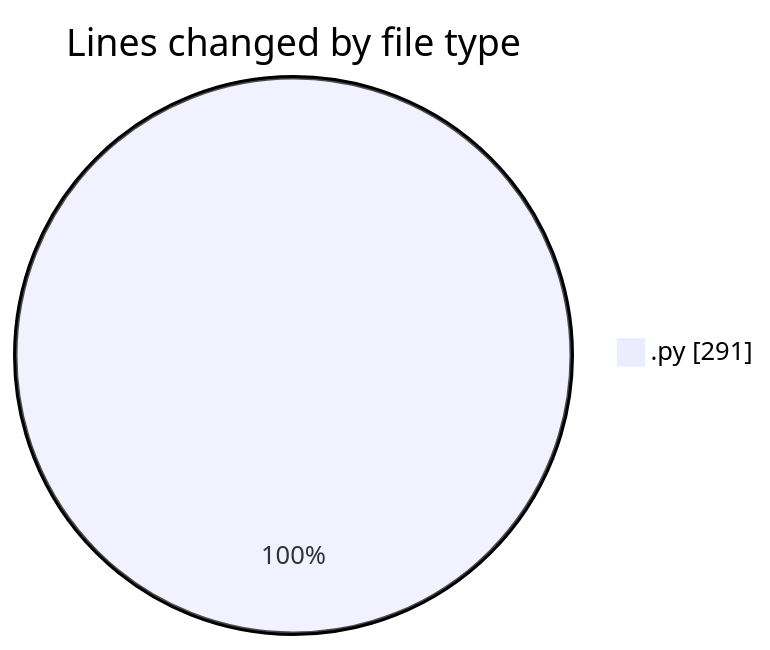
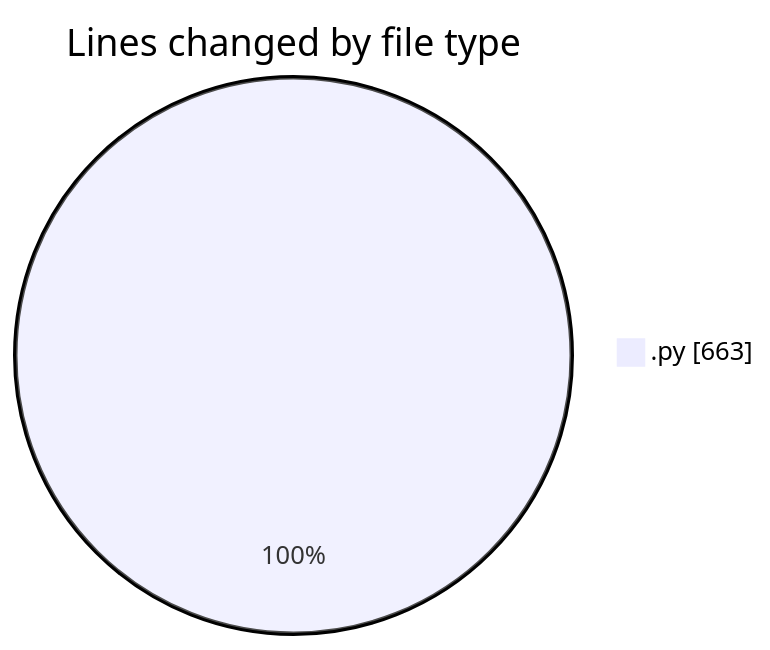
The first of 2 diagrams in 2025-11-19/eventscop-api-guide__workspace_/README.md (julien-gomy/code-tracking), drawn with Mermaid before and after one commit. The commit also changed other lines of this file and 1 other file, not shown here.

````diff
--- a/2025-11-19/eventscop-api-guide__workspace_/README.md
+++ b/2025-11-19/eventscop-api-guide__workspace_/README.md
@@ -20,5 +21,5 @@
 ```mermaid
 pie showData
 title Lines changed by file type
-".py" : 291
+".py" : 663
 ```
````
